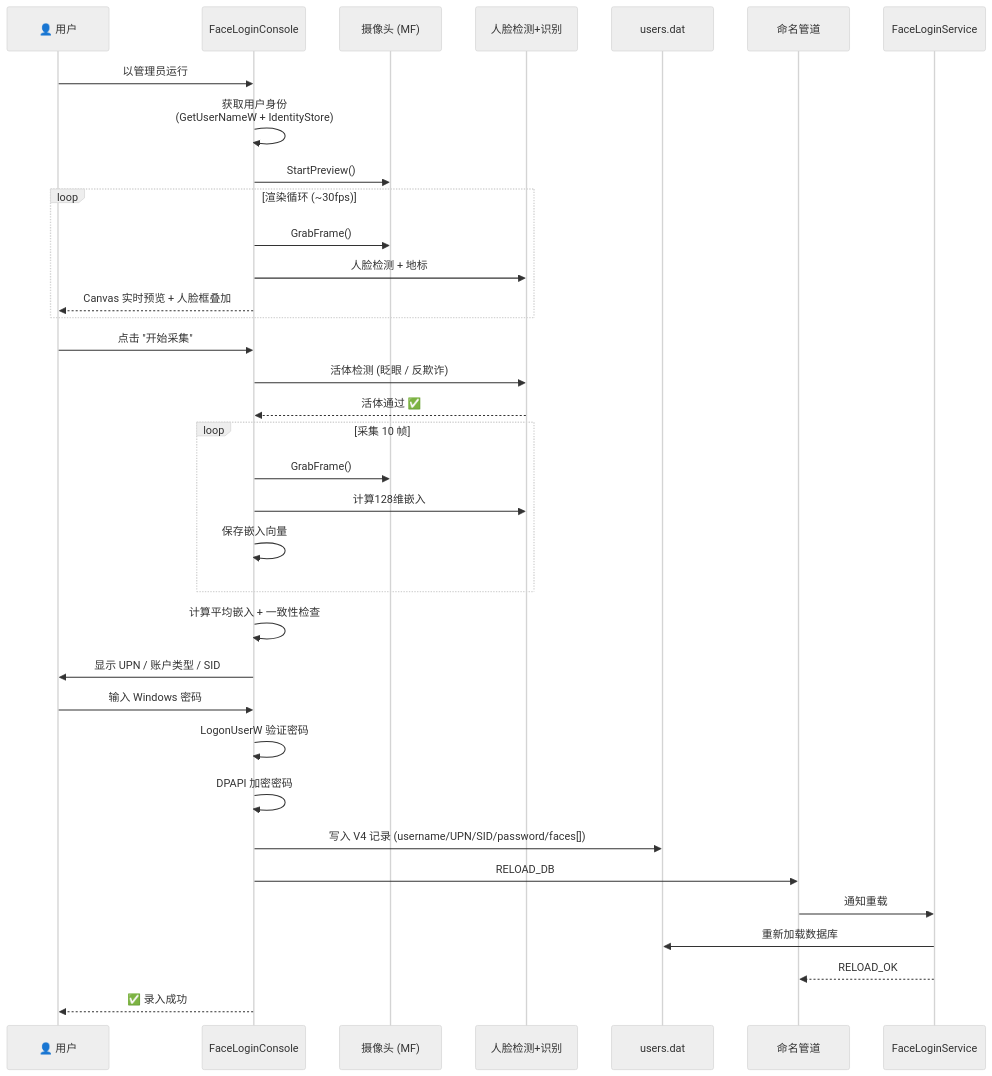
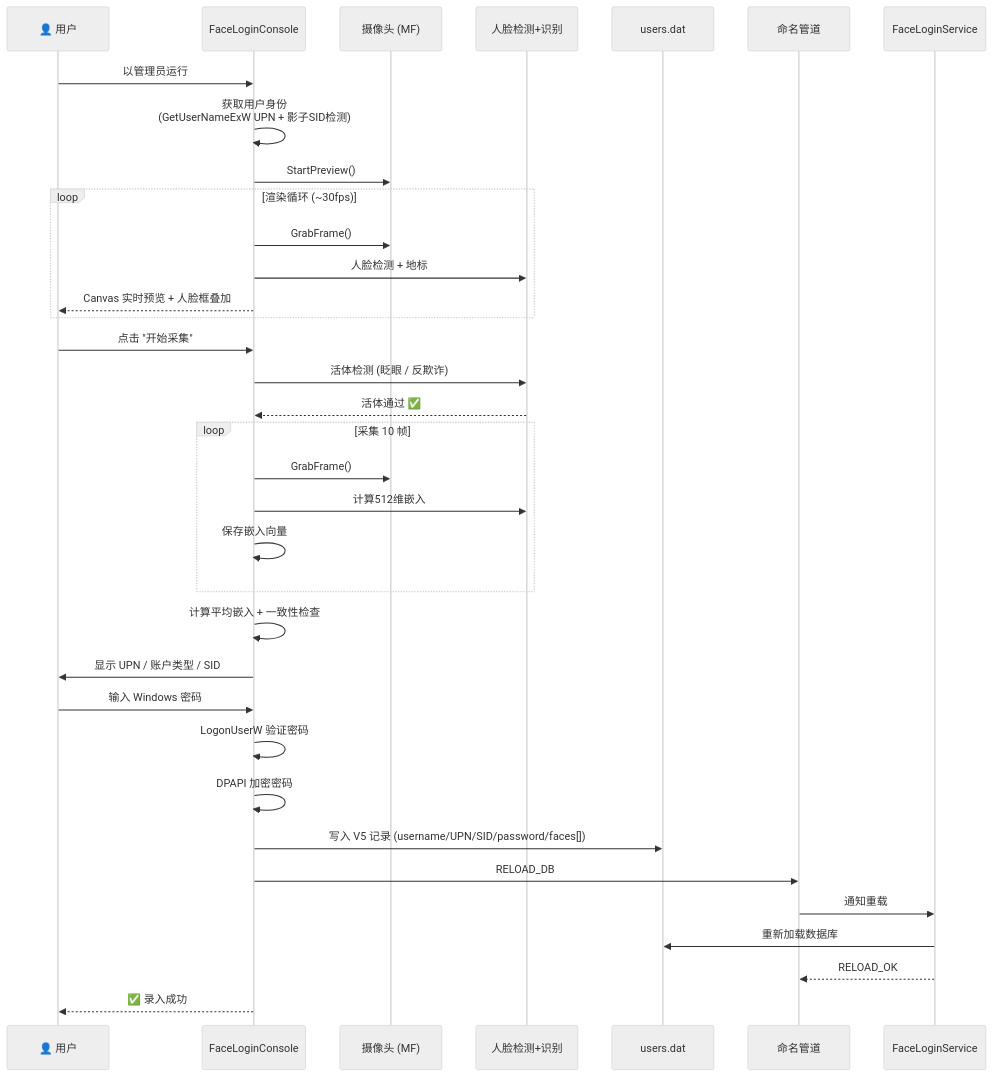
One commit to EthanZer0/FaceLogin changed the third of 3 diagrams in DEVELOPMENT.md. Above: the diagram before and after it, drawn with Mermaid (neutral theme). The commit also changed other lines of this file and 1 other file, not shown here.

````diff
--- a/DEVELOPMENT.md
+++ b/DEVELOPMENT.md
@@ -210,38 +212,38 @@
 ```mermaid
 sequenceDiagram
     participant User as 👤 用户
     participant App as FaceLoginConsole
     participant Cam as 摄像头 (MF)
     participant Detector as 人脸检测+识别
     participant Store as users.dat
     participant Pipe as 命名管道
     participant Svc as FaceLoginService
 
     User->>App: 以管理员运行
-    App->>App: 获取用户身份<br/>(GetUserNameW + IdentityStore)
+    App->>App: 获取用户身份<br/>(GetUserNameExW UPN + 影子SID检测)
     App->>Cam: StartPreview()
     loop 渲染循环 (~30fps)
         App->>Cam: GrabFrame()
         App->>Detector: 人脸检测 + 地标
         App-->>User: Canvas 实时预览 + 人脸框叠加
     end
     User->>App: 点击 "开始采集"
     App->>Detector: 活体检测 (眨眼 / 反欺诈)
     Detector-->>App: 活体通过 ✅
     loop 采集 10 帧
         App->>Cam: GrabFrame()
-        App->>Detector: 计算128维嵌入
+        App->>Detector: 计算512维嵌入
         App->>App: 保存嵌入向量
     end
     App->>App: 计算平均嵌入 + 一致性检查
     App->>User: 显示 UPN / 账户类型 / SID
     User->>App: 输入 Windows 密码
     App->>App: LogonUserW 验证密码
     App->>App: DPAPI 加密密码
-    App->>Store: 写入 V4 记录 (username/UPN/SID/password/faces[])
+    App->>Store: 写入 V5 记录 (username/UPN/SID/password/faces[])
     App->>Pipe: RELOAD_DB
     Pipe->>Svc: 通知重载
     Svc->>Store: 重新加载数据库
     Svc-->>Pipe: RELOAD_OK
     App-->>User: ✅ 录入成功
 ```
````
